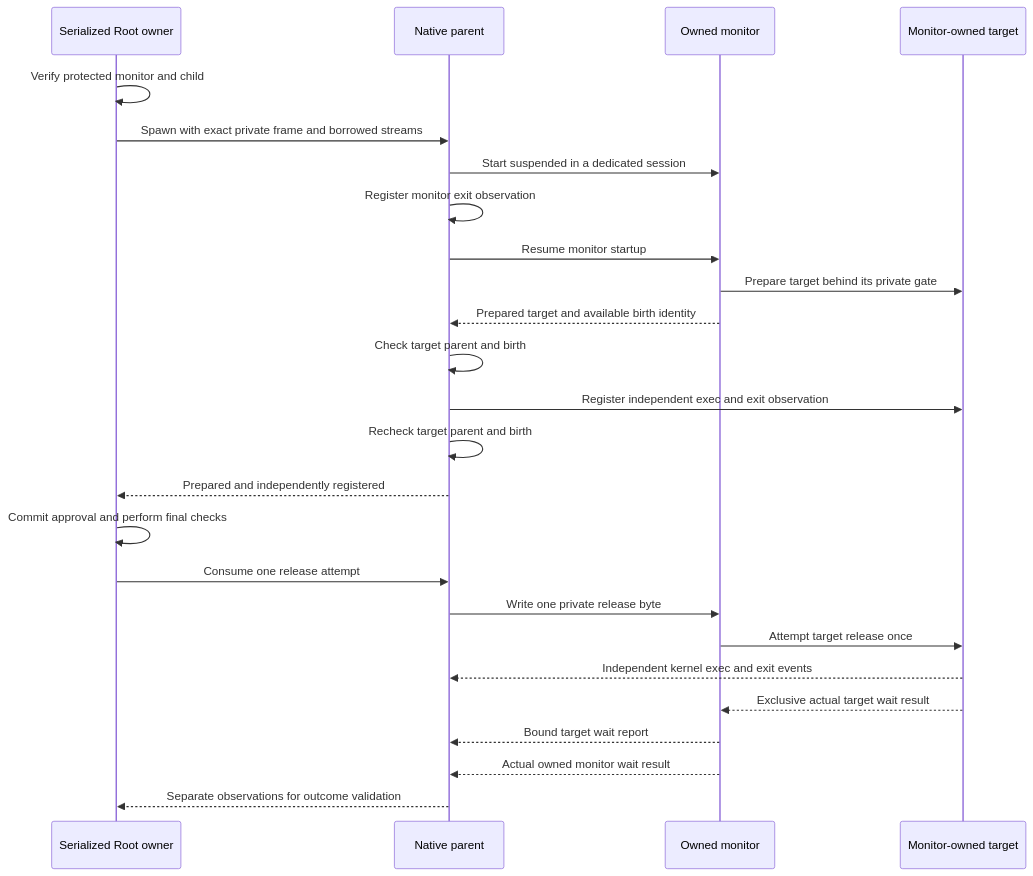
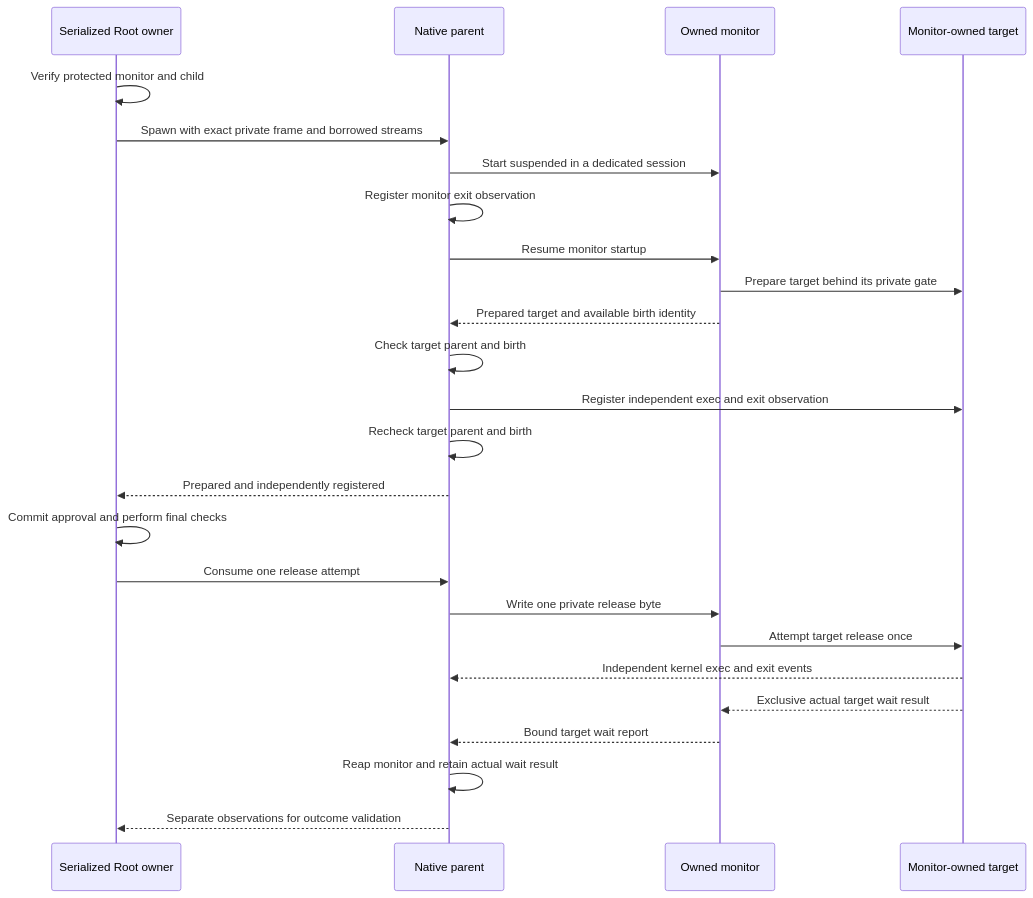
Before and after one commit to rock3r/remozio: the diagram in docs/macos-command-monitor-parent.md, drawn with Mermaid. The commit also changed other lines of this file and 19 other files, not shown here.

````diff
--- a/docs/macos-command-monitor-parent.md
+++ b/docs/macos-command-monitor-parent.md
@@ -6,27 +7,27 @@
 ```mermaid
 sequenceDiagram
     participant R as Serialized Root owner
     participant P as Native parent
     participant M as Owned monitor
     participant T as Monitor-owned target
     R->>R: Verify protected monitor and child
     R->>P: Spawn with exact private frame and borrowed streams
     P->>M: Start suspended in a dedicated session
     P->>P: Register monitor exit observation
     P->>M: Resume monitor startup
     M->>T: Prepare target behind its private gate
     M-->>P: Prepared target and available birth identity
     P->>P: Check target parent and birth
     P->>T: Register independent exec and exit observation
     P->>P: Recheck target parent and birth
     P-->>R: Prepared and independently registered
     R->>R: Commit approval and perform final checks
     R->>P: Consume one release attempt
     P->>M: Write one private release byte
     M->>T: Attempt target release once
     T-->>P: Independent kernel exec and exit events
     T-->>M: Exclusive actual target wait result
     M-->>P: Bound target wait report
-    M-->>P: Actual owned monitor wait result
+    P->>P: Reap monitor and retain actual wait result
     P-->>R: Separate observations for outcome validation
 ```
````
